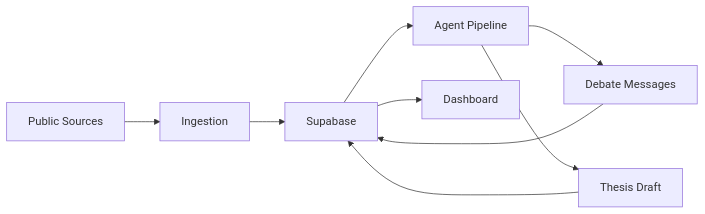
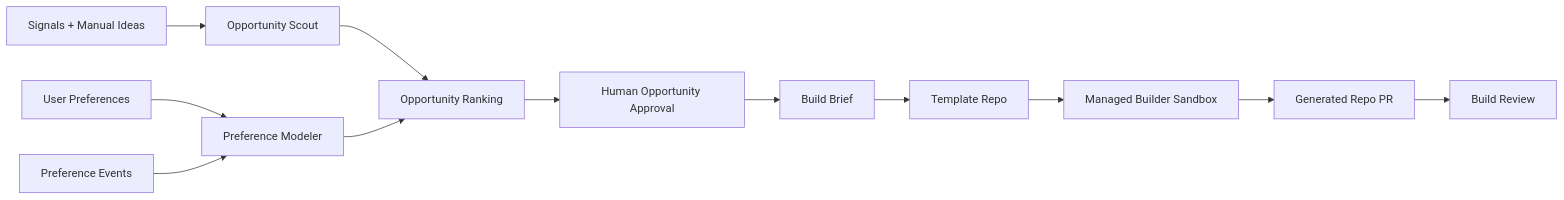
One commit to nadavital/Forge changed the diagram in README.md. Above: the diagram before and after it, drawn with Mermaid. The commit also changed other lines of this file and 8 other files, not shown here.

````diff
--- a/README.md
+++ b/README.md
@@ -20,11 +21,14 @@
 ```mermaid
 flowchart LR
-    A["Public Sources"] --> B["Ingestion"]
-    B --> C["Supabase"]
-    C --> D["Agent Pipeline"]
-    D --> E["Debate Messages"]
-    D --> F["Thesis Draft"]
-    E --> C
-    F --> C
-    C --> G["Dashboard"]
+    A["Signals + Manual Ideas"] --> B["Opportunity Scout"]
+    C["User Preferences"] --> D["Preference Modeler"]
+    E["Preference Events"] --> D
+    B --> F["Opportunity Ranking"]
+    D --> F
+    F --> G["Human Opportunity Approval"]
+    G --> H["Build Brief"]
+    H --> I["Template Repo"]
+    I --> J["Managed Builder Sandbox"]
+    J --> K["Generated Repo PR"]
+    K --> L["Build Review"]
 ```
````
